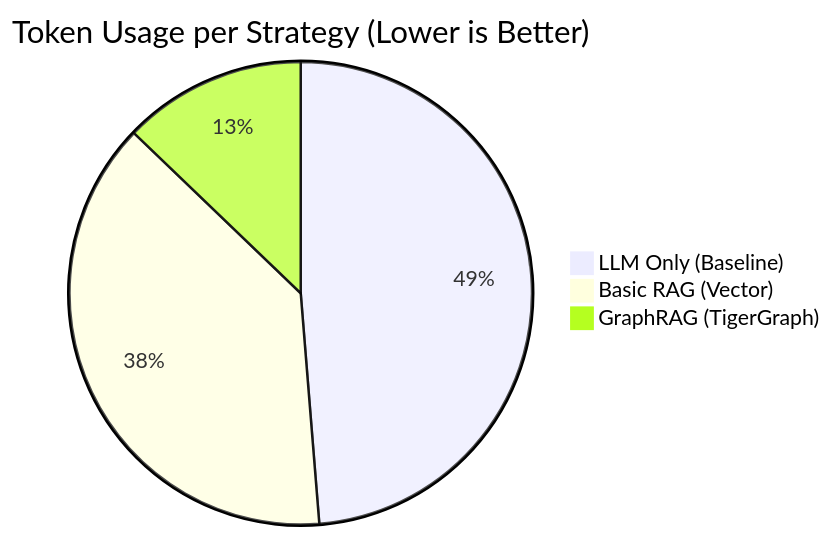
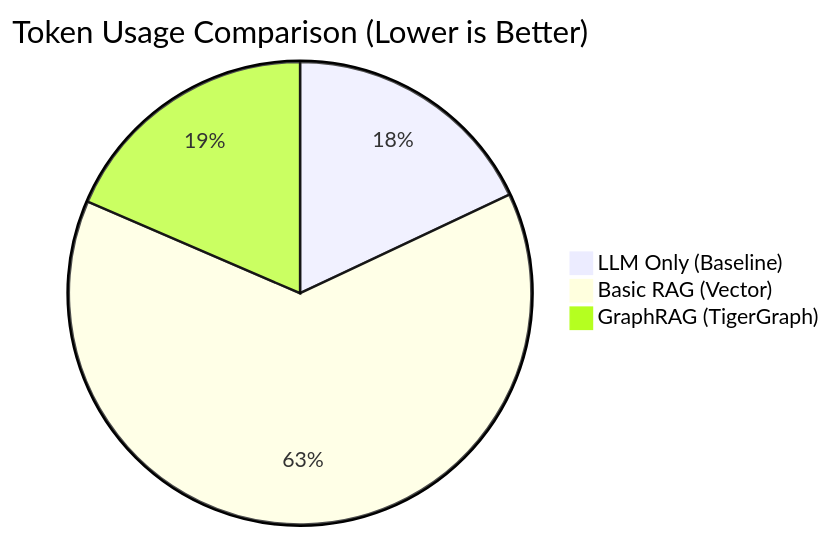
Before and after one commit to eres45/SavannaFlow: the first of 2 diagrams in README.md, drawn with Mermaid. The commit also changed other lines of this file and 11 other files, not shown here.

````diff
--- a/README.md
+++ b/README.md
@@ -36,6 +36,6 @@
 ```mermaid
-pie title Token Usage per Strategy (Lower is Better)
-    "LLM Only (Baseline)" : 1900
-    "Basic RAG (Vector)" : 1500
-    "GraphRAG (TigerGraph)" : 500
+pie title Token Usage Comparison (Lower is Better)
+    "LLM Only (Baseline)" : 340
+    "Basic RAG (Vector)" : 1200
+    "GraphRAG (TigerGraph)" : 350
 ```
````
